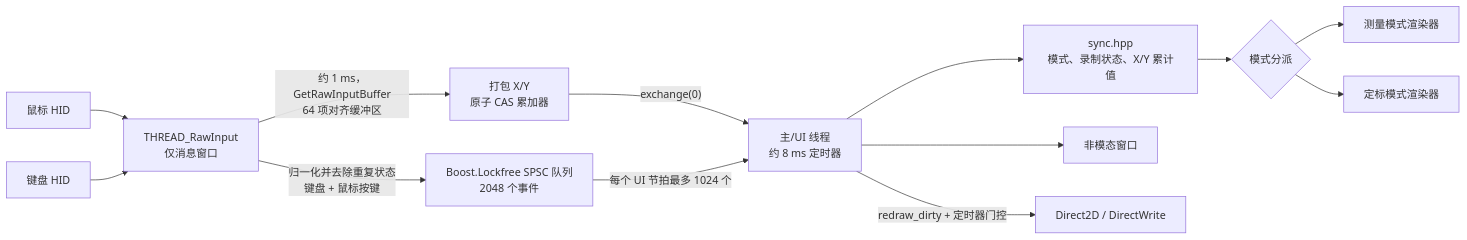
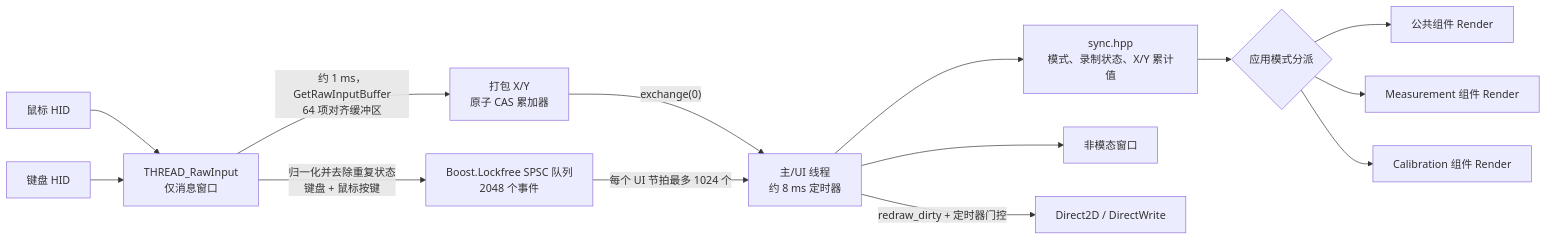
One commit to wozuobuchu/WinMouseSensConverter changed the second of 2 diagrams in README.md. Above: the diagram before and after it, drawn with Mermaid. The commit also changed other lines of this file and 25 other files, not shown here.

````diff
--- a/README.md
+++ b/README.md
@@ -759,16 +759,17 @@
 ```mermaid
 flowchart LR
     Mouse["鼠标 HID"] --> InputThread["THREAD_RawInput<br/>仅消息窗口"]
     Keyboard["键盘 HID"] --> InputThread
     InputThread -->|"约 1 ms，GetRawInputBuffer<br/>64 项对齐缓冲区"| Atomic["打包 X/Y<br/>原子 CAS 累加器"]
     Atomic -->|"exchange(0)"| Main["主/UI 线程<br/>约 8 ms 定时器"]
     InputThread -->|"归一化并去除重复状态<br/>键盘 + 鼠标按键"| Queue["Boost.Lockfree SPSC 队列<br/>2048 个事件"]
     Queue -->|"每个 UI 节拍最多 1024 个"| Main
 
     Main --> Shared["sync.hpp<br/>模式、录制状态、X/Y 累计值"]
-    Shared --> Dispatcher{"模式分派"}
-    Dispatcher --> Measurement["测量模式渲染器"]
-    Dispatcher --> Calibration["定标模式渲染器"]
+    Shared --> Dispatcher{"应用模式分派"}
+    Dispatcher --> Common["公共组件 Render"]
+    Dispatcher --> Measurement["Measurement 组件 Render"]
+    Dispatcher --> Calibration["Calibration 组件 Render"]
     Main --> Dialogs["非模态窗口"]
     Main -->|"redraw_dirty + 定时器门控"| D2D["Direct2D / DirectWrite"]
 ```
````
